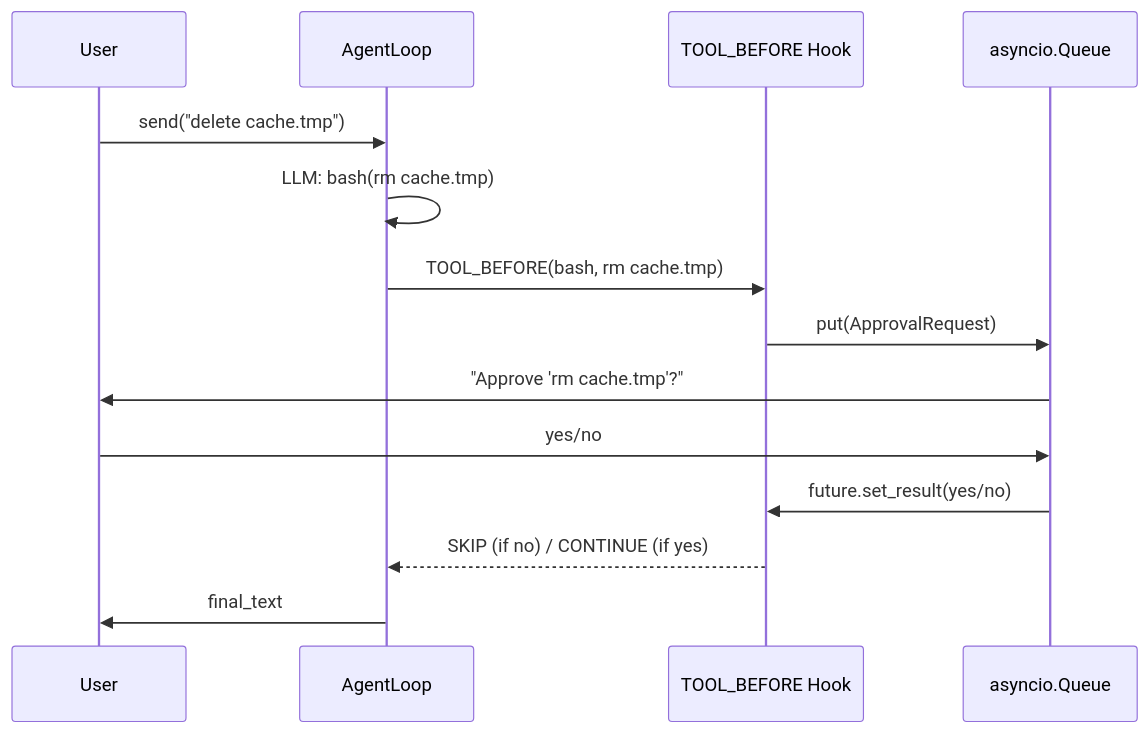
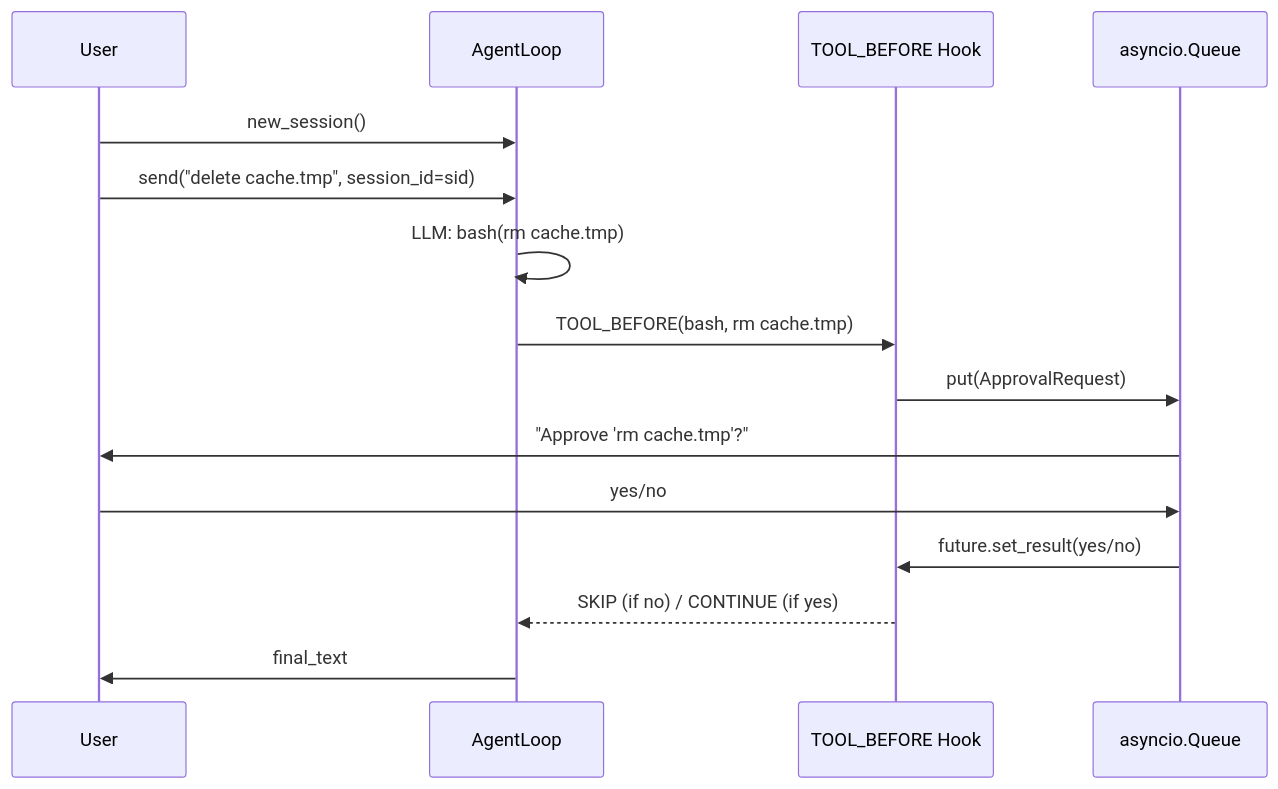
The diagram in docs/en/tutorials/human-in-the-loop.md (PL-play/power-loop), drawn with Mermaid before and after one commit. The commit also changed other lines of this file and 58 other files, not shown here.

````diff
--- a/docs/en/tutorials/human-in-the-loop.md
+++ b/docs/en/tutorials/human-in-the-loop.md
@@ -125,17 +126,18 @@
 ```mermaid
 sequenceDiagram
     participant U as User
     participant L as AgentLoop
     participant H as TOOL_BEFORE Hook
     participant Q as asyncio.Queue
 
-    U->>L: send("delete cache.tmp")
+    U->>L: new_session()
+    U->>L: send("delete cache.tmp", session_id=sid)
     L->>L: LLM: bash(rm cache.tmp)
     L->>H: TOOL_BEFORE(bash, rm cache.tmp)
     H->>Q: put(ApprovalRequest)
     Q->>U: "Approve 'rm cache.tmp'?"
     U->>Q: yes/no
     Q->>H: future.set_result(yes/no)
     H-->>L: SKIP (if no) / CONTINUE (if yes)
     L->>U: final_text
 ```
````
